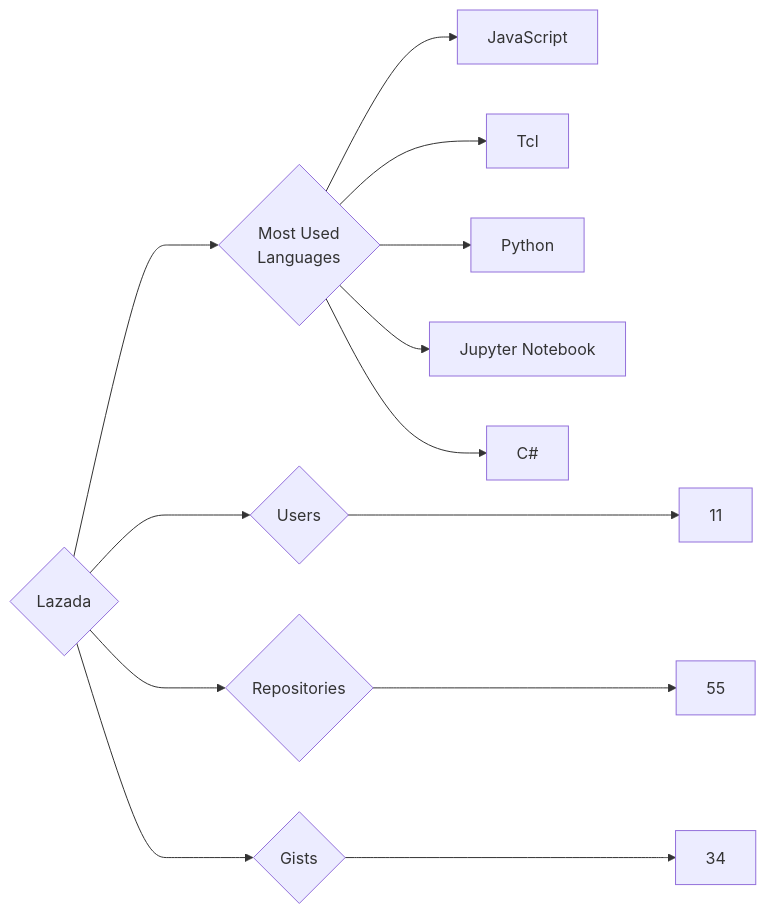
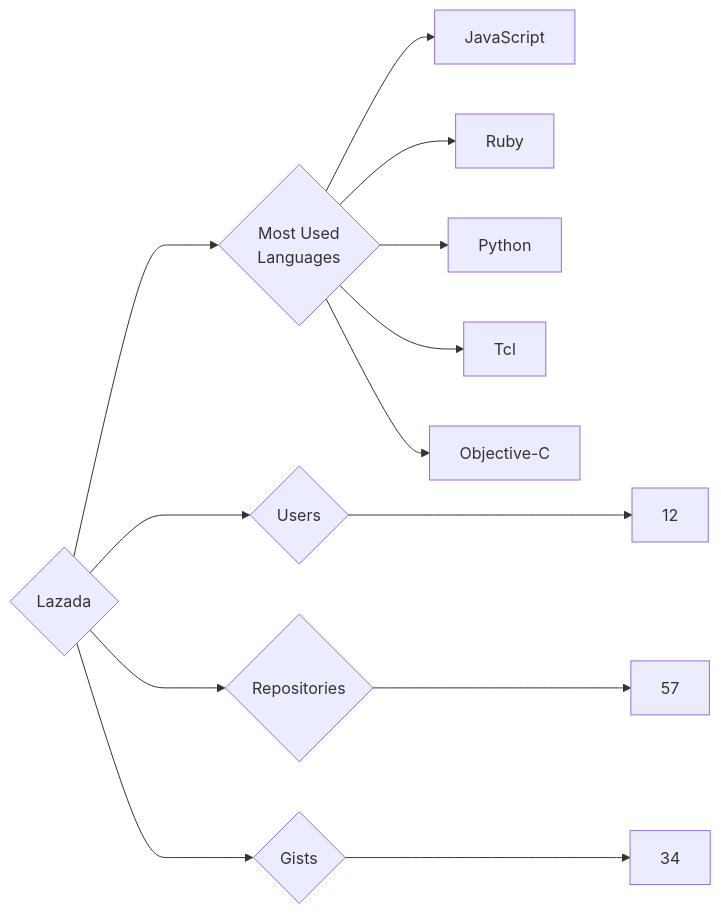
One commit to trickest/insiders changed the diagram in targets/Lazada/README.md. Above: the diagram before and after it, drawn with Mermaid. The commit also changed 750 other files, not shown here.

````diff
--- a/targets/Lazada/README.md
+++ b/targets/Lazada/README.md
@@ -3,13 +3,13 @@
 ```mermaid
 graph LR
 COMPANY_NAME{Lazada}
-COMPANY_NAME ---> U{Users} ---> UN[11]
-COMPANY_NAME ---> R{Repositories} ---> RN[55]
+COMPANY_NAME ---> U{Users} ---> UN[12]
+COMPANY_NAME ---> R{Repositories} ---> RN[57]
 COMPANY_NAME ---> G{Gists} ---> GN[34]
 COMPANY_NAME ---> ML{Most Used<br>Languages}
 ML --> JavaScript[JavaScript]
+ML --> Ruby[Ruby]
+ML --> Python[Python]
 ML --> Tcl[Tcl]
-ML --> Python[Python]
-ML --> Jupyter_Notebook[Jupyter Notebook]
-ML --> C#[C#]
+ML --> Objective-C[Objective-C]
 ```
````
